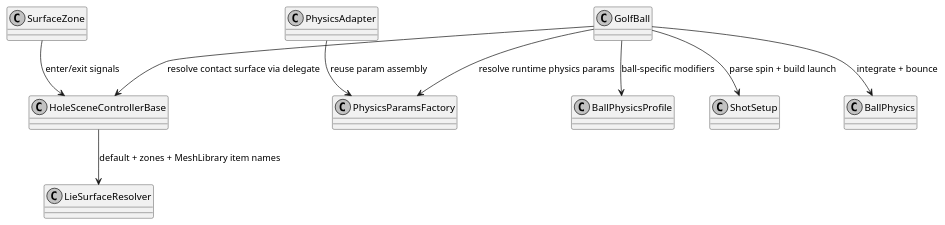
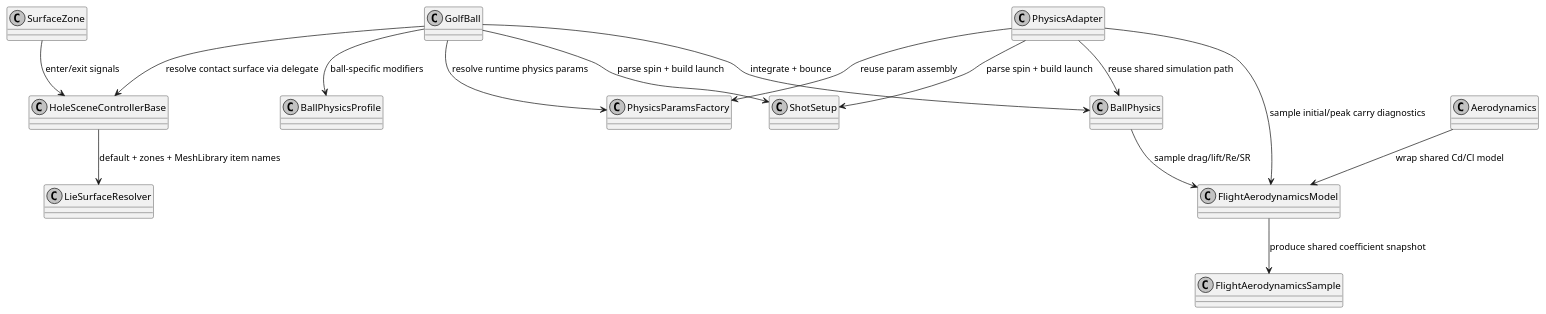
Before and after one commit to digitalhand/openfairway: the diagram in docs/golf-ball-responsibilities.puml, drawn with PlantUML. The commit also changed 44 other files, not shown here.

```diff
--- a/docs/golf-ball-responsibilities.puml
+++ b/docs/golf-ball-responsibilities.puml
@@ -1,23 +1,32 @@
 @startuml
 skinparam monochrome true
 
 class GolfBall
 class HoleSceneControllerBase
 class LieSurfaceResolver
 class SurfaceZone
 class PhysicsParamsFactory
 class BallPhysicsProfile
 class ShotSetup
+class Aerodynamics
 class BallPhysics
+class FlightAerodynamicsModel
+class FlightAerodynamicsSample
 class PhysicsAdapter
 
 HoleSceneControllerBase --> LieSurfaceResolver : default + zones + MeshLibrary item names
 SurfaceZone --> HoleSceneControllerBase : enter/exit signals
 GolfBall --> HoleSceneControllerBase : resolve contact surface via delegate
 GolfBall --> PhysicsParamsFactory : resolve runtime physics params
 GolfBall --> BallPhysicsProfile : ball-specific modifiers
 GolfBall --> ShotSetup : parse spin + build launch
 GolfBall --> BallPhysics : integrate + bounce
+PhysicsAdapter --> ShotSetup : parse spin + build launch
 PhysicsAdapter --> PhysicsParamsFactory : reuse param assembly
+PhysicsAdapter --> BallPhysics : reuse shared simulation path
+PhysicsAdapter --> FlightAerodynamicsModel : sample initial/peak carry diagnostics
+BallPhysics --> FlightAerodynamicsModel : sample drag/lift/Re/SR
+FlightAerodynamicsModel --> FlightAerodynamicsSample : produce shared coefficient snapshot
+Aerodynamics --> FlightAerodynamicsModel : wrap shared Cd/Cl model
 
 @enduml
```
